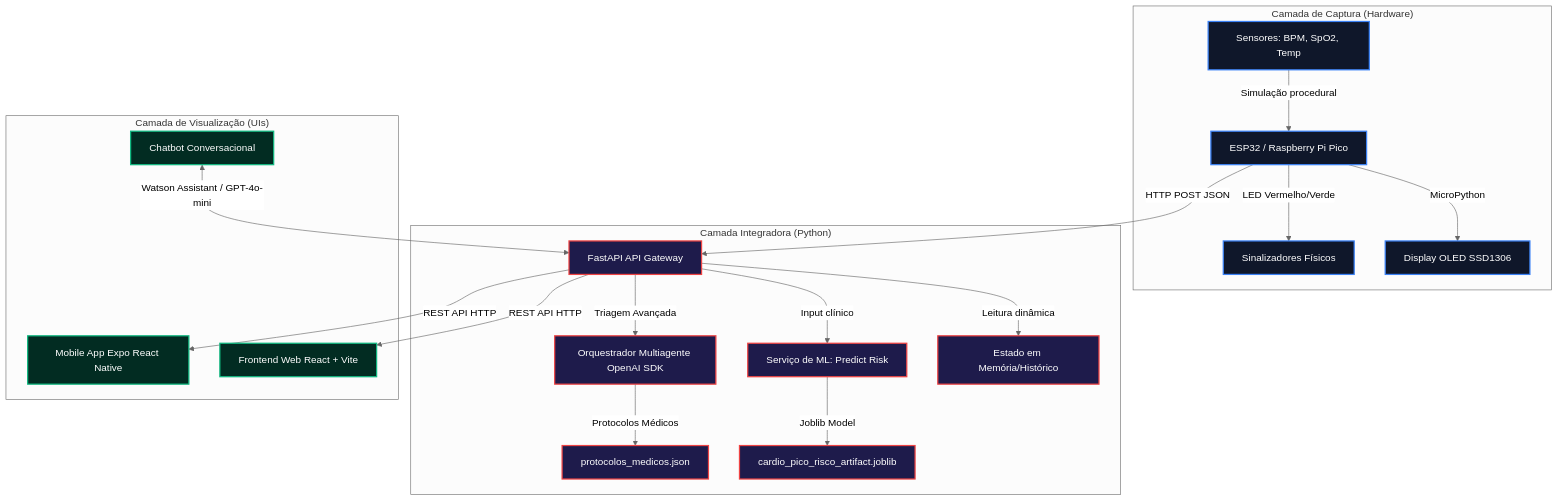
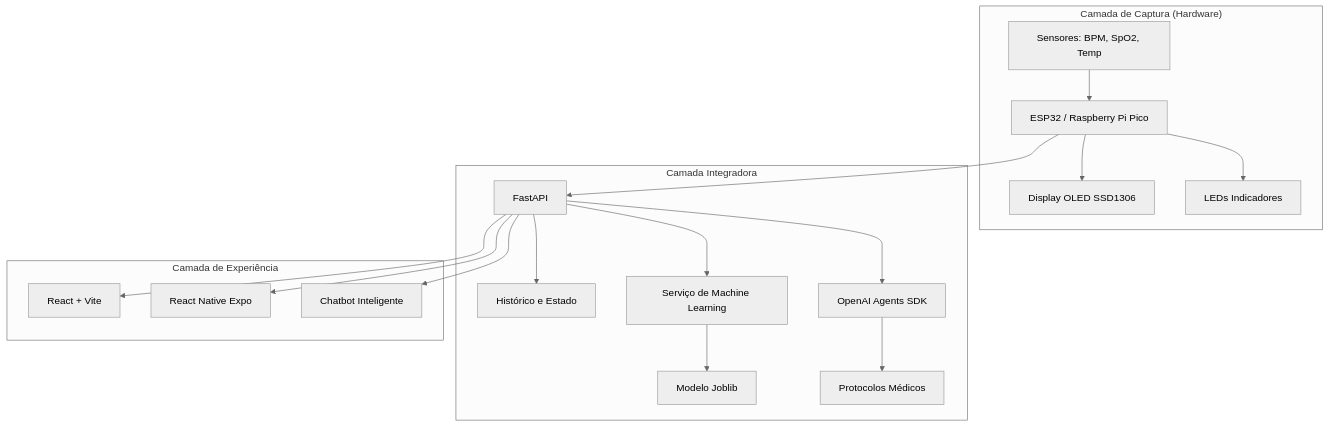
One commit to juhungaro/fiap-fase7-cap1- changed the diagram in README.md. Above: the diagram before and after it, drawn with Mermaid (neutral theme). The commit also changed other lines of this file, not shown here.

````diff
--- a/README.md
+++ b/README.md
@@ -28,31 +63,23 @@
 ```mermaid
 graph TD
     subgraph IoT ["Camada de Captura (Hardware)"]
-        A[Sensores: BPM, SpO2, Temp] -->|Simulação procedural| B[ESP32 / Raspberry Pi Pico]
-        B -->|MicroPython| C[Display OLED SSD1306]
-        B -->|LED Vermelho/Verde| D[Sinalizadores Físicos]
+        A[Sensores: BPM, SpO2, Temp] --> B[ESP32 / Raspberry Pi Pico]
+        B --> C[Display OLED SSD1306]
+        B --> D[LEDs Indicadores]
     end
 
-    subgraph Backend ["Camada Integradora (Python)"]
-        B -->|HTTP POST JSON| E[FastAPI API Gateway]
-        E -->|Leitura dinâmica| F[Estado em Memória/Histórico]
-        E -->|Input clínico| G[Serviço de ML: Predict Risk]
-        G -->|Joblib Model| H[cardio_pico_risco_artifact.joblib]
-        E -->|Triagem Avançada| I[Orquestrador Multiagente OpenAI SDK]
-        I -->|Protocolos Médicos| J[protocolos_medicos.json]
+    subgraph Backend ["Camada Integradora"]
+        B --> E[FastAPI]
+        E --> F[Histórico e Estado]
+        E --> G[Serviço de Machine Learning]
+        G --> H[Modelo Joblib]
+        E --> I[OpenAI Agents SDK]
+        I --> J[Protocolos Médicos]
     end
 
-    subgraph Frontends ["Camada de Visualização (UIs)"]
-        E -->|REST API HTTP| K[Frontend Web React + Vite]
-        E -->|REST API HTTP| L[Mobile App Expo React Native]
-        M[Chatbot Conversacional] <-->| Watson Assistant / GPT-4o-mini | E
+    subgraph Frontend ["Camada de Experiência"]
+        E --> K[React + Vite]
+        E --> L[React Native Expo]
+        E --> M[Chatbot Inteligente]
     end
-
-    classDef iot fill:#0f172a,stroke:#3b82f6,stroke-width:2px,color:#fff;
-    classDef backend fill:#1e1b4b,stroke:#ef4444,stroke-width:2px,color:#fff;
-    classDef ui fill:#022c22,stroke:#10b981,stroke-width:2px,color:#fff;
-    
-    class A,B,C,D iot;
-    class E,F,G,H,I,J backend;
-    class K,L,M ui;
 ```
````
